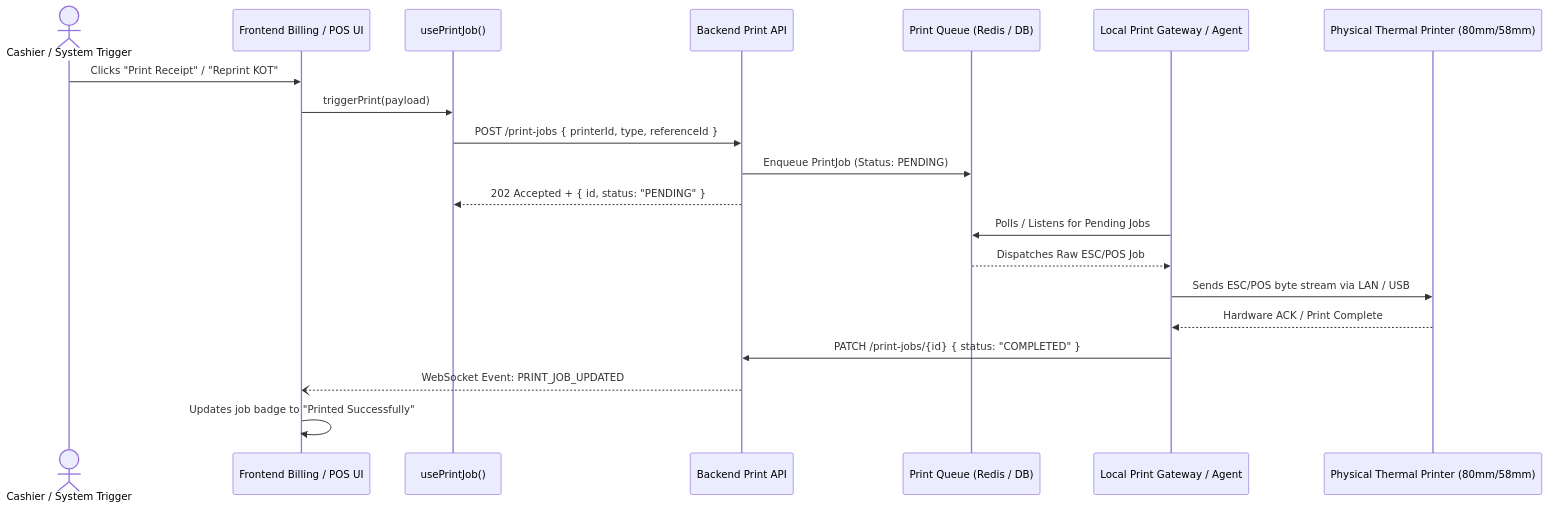
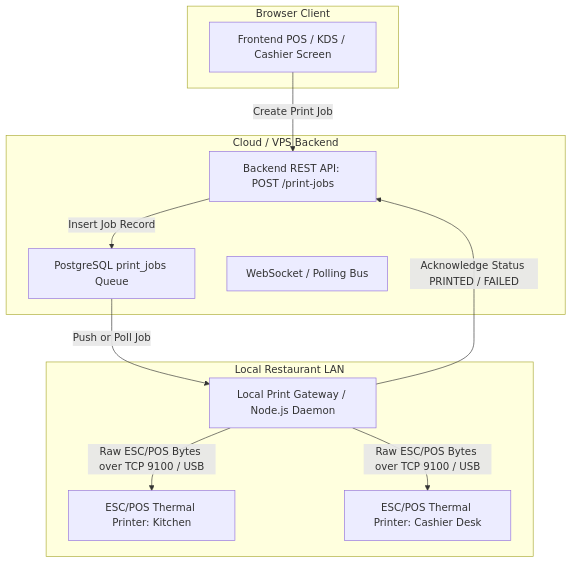
Before and after one commit to 02falgun/Sculpx-E-billing: the first of 2 diagrams in docs/PRINTER_INTEGRATION.md, drawn with Mermaid. The commit also changed other lines of this file and 61 other files, not shown here.

Commit message:
feat(api): complete frontend API readiness audit, contract types, and backend handover documentation

````diff
--- a/docs/PRINTER_INTEGRATION.md
+++ b/docs/PRINTER_INTEGRATION.md
@@ -9,24 +12,25 @@
 ```mermaid
-sequenceDiagram
-    actor Cashier as Cashier / System Trigger
-    participant UI as Frontend Billing / POS UI
-    participant Hook as usePrintJob()
-    participant API as Backend Print API
-    participant Queue as Print Queue (Redis / DB)
-    participant Gateway as Local Print Gateway / Agent
-    participant Hardware as Physical Thermal Printer (80mm/58mm)
+graph TD
+    subgraph Browser Client
+        UI[Frontend POS / KDS / Cashier Screen]
+    end
 
-    Cashier->>UI: Clicks "Print Receipt" / "Reprint KOT"
-    UI->>Hook: triggerPrint(payload)
-    Hook->>API: POST /print-jobs { printerId, type, referenceId }
-    API->>Queue: Enqueue PrintJob (Status: PENDING)
-    API-->>Hook: 202 Accepted + { id, status: "PENDING" }
-    
-    Gateway->>Queue: Polls / Listens for Pending Jobs
-    Queue-->>Gateway: Dispatches Raw ESC/POS Job
-    Gateway->>Hardware: Sends ESC/POS byte stream via LAN / USB
-    Hardware-->>Gateway: Hardware ACK / Print Complete
-    Gateway->>API: PATCH /print-jobs/{id} { status: "COMPLETED" }
-    API--)UI: WebSocket Event: PRINT_JOB_UPDATED
-    UI->>UI: Updates job badge to "Printed Successfully"
+    subgraph Cloud / VPS Backend
+        API[Backend REST API: POST /print-jobs]
+        Queue[PostgreSQL print_jobs Queue]
+        Notifier[WebSocket / Polling Bus]
+    end
+
+    subgraph Local Restaurant LAN
+        Agent[Local Print Gateway / Node.js Daemon]
+        KOTPrinter[ESC/POS Thermal Printer: Kitchen]
+        BillPrinter[ESC/POS Thermal Printer: Cashier Desk]
+    end
+
+    UI -->|Create Print Job| API
+    API -->|Insert Job Record| Queue
+    Queue -->|Push or Poll Job| Agent
+    Agent -->|Raw ESC/POS Bytes over TCP 9100 / USB| KOTPrinter
+    Agent -->|Raw ESC/POS Bytes over TCP 9100 / USB| BillPrinter
+    Agent -->|Acknowledge Status PRINTED / FAILED| API
 ```
````
